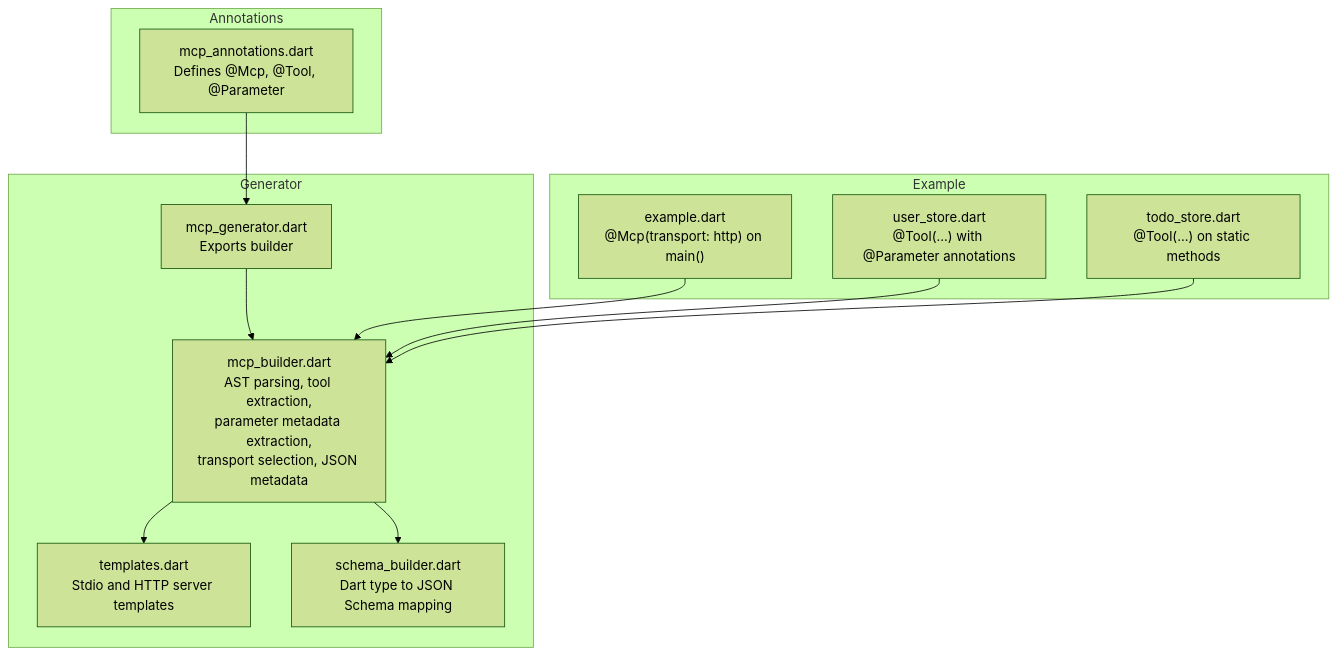
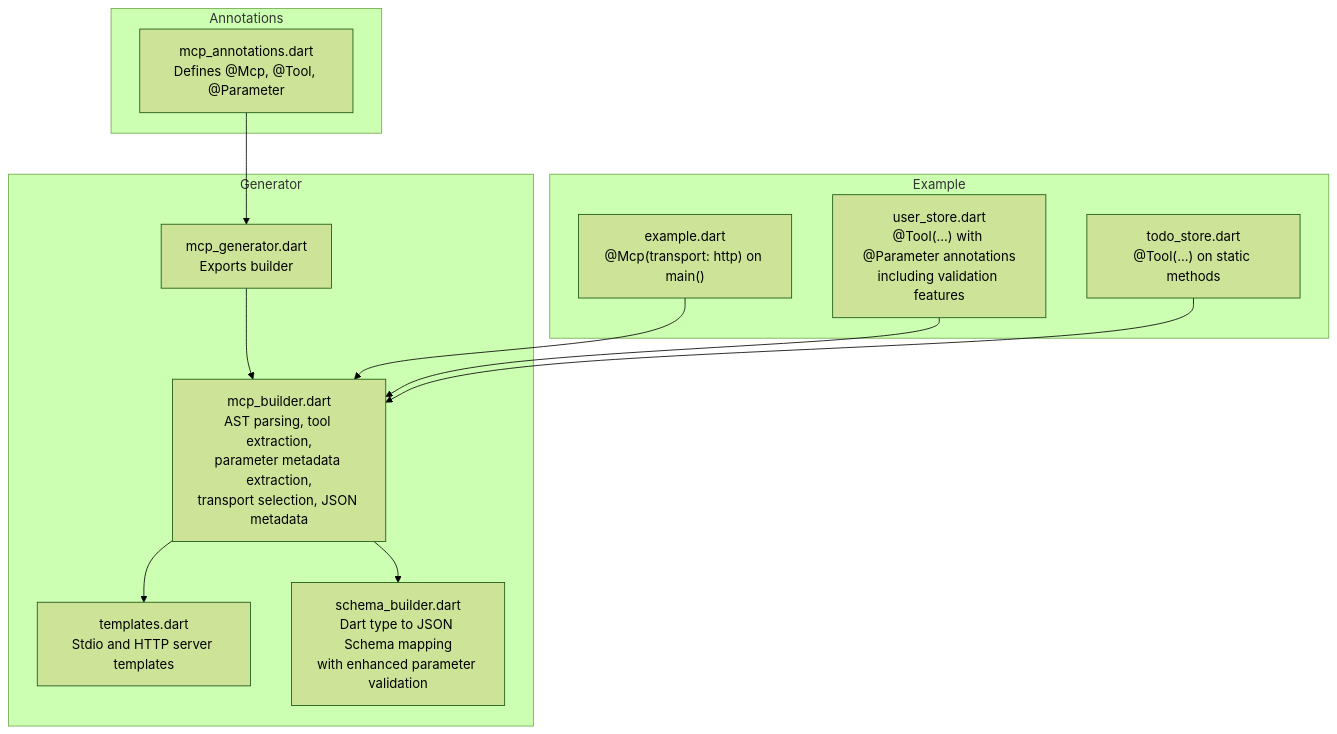
Before and after one commit to cdavis-code/easy_mcp_workspace: the first of 3 diagrams in .qoder/repowiki/en/content/Annotations Reference/Annotations Reference.md, drawn with Mermaid (forest theme). The commit also changed other lines of this file and 16 other files, not shown here.

````diff
--- a/.qoder/repowiki/en/content/Annotations Reference/Annotations Reference.md
+++ b/.qoder/repowiki/en/content/Annotations Reference/Annotations Reference.md
@@ -58,24 +58,24 @@
 ```mermaid
 graph TB
 subgraph "Annotations"
 A["mcp_annotations.dart<br/>Defines @Mcp, @Tool, @Parameter"]
 end
 subgraph "Generator"
 B["mcp_generator.dart<br/>Exports builder"]
 C["mcp_builder.dart<br/>AST parsing, tool extraction,<br/>parameter metadata extraction,<br/>transport selection, JSON metadata"]
 D["templates.dart<br/>Stdio and HTTP server templates"]
-E["schema_builder.dart<br/>Dart type to JSON Schema mapping"]
+E["schema_builder.dart<br/>Dart type to JSON Schema mapping<br/>with enhanced parameter validation"]
 end
 subgraph "Example"
 F["example.dart<br/>@Mcp(transport: http) on main()"]
-G["user_store.dart<br/>@Tool(...) with @Parameter annotations"]
+G["user_store.dart<br/>@Tool(...) with @Parameter annotations<br/>including validation features"]
 H["todo_store.dart<br/>@Tool(...) on static methods"]
 end
 A --> B
 B --> C
 C --> D
 C --> E
 F --> C
 G --> C
 H --> C
 ```
````
